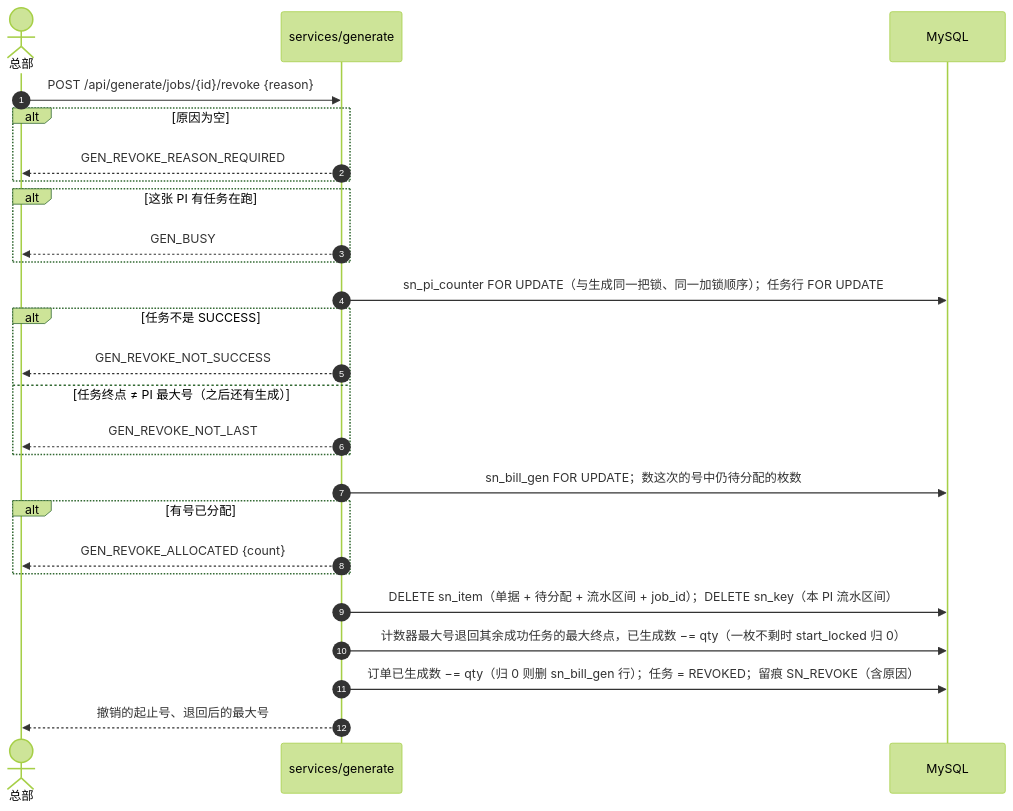
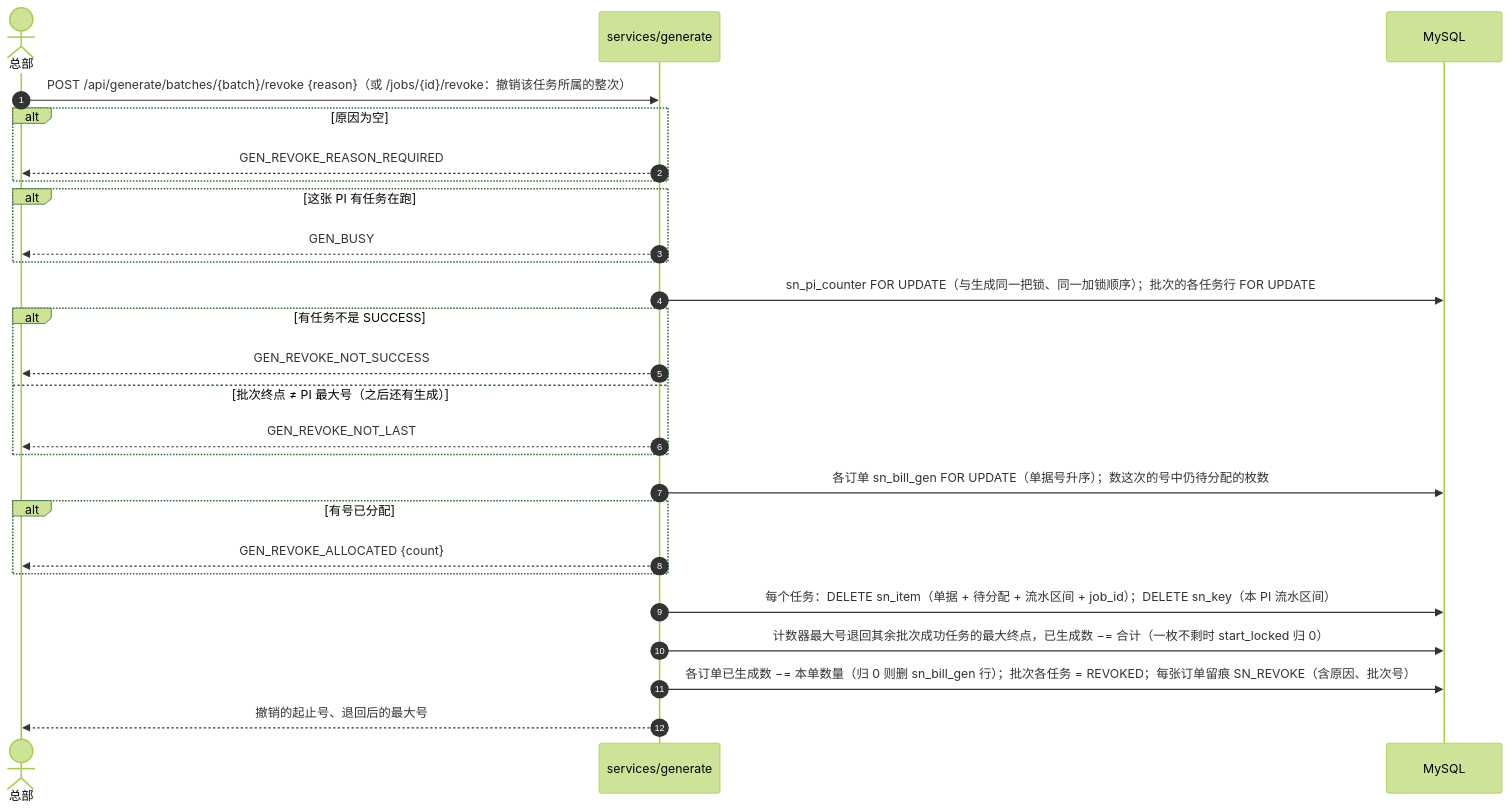
One commit to Createsnow/sn-center changed the ninth of 13 diagrams in docs/技术文档.md. Above: the diagram before and after it, drawn with Mermaid (forest theme). The commit also changed other lines of this file and 31 other files, not shown here.

````diff
--- a/docs/技术文档.md
+++ b/docs/技术文档.md
@@ -314,28 +321,28 @@
 ```mermaid
 sequenceDiagram
     autonumber
     actor H as 总部
     participant G as services/generate
     participant DB as MySQL
-    H->>G: POST /api/generate/jobs/{id}/revoke {reason}
+    H->>G: POST /api/generate/batches/{batch}/revoke {reason}（或 /jobs/{id}/revoke：撤销该任务所属的整次）
     alt 原因为空
         G-->>H: GEN_REVOKE_REASON_REQUIRED
     end
     alt 这张 PI 有任务在跑
         G-->>H: GEN_BUSY
     end
-    G->>DB: sn_pi_counter FOR UPDATE（与生成同一把锁、同一加锁顺序）；任务行 FOR UPDATE
-    alt 任务不是 SUCCESS
+    G->>DB: sn_pi_counter FOR UPDATE（与生成同一把锁、同一加锁顺序）；批次的各任务行 FOR UPDATE
+    alt 有任务不是 SUCCESS
         G-->>H: GEN_REVOKE_NOT_SUCCESS
-    else 任务终点 ≠ PI 最大号（之后还有生成）
+    else 批次终点 ≠ PI 最大号（之后还有生成）
         G-->>H: GEN_REVOKE_NOT_LAST
     end
-    G->>DB: sn_bill_gen FOR UPDATE；数这次的号中仍待分配的枚数
+    G->>DB: 各订单 sn_bill_gen FOR UPDATE（单据号升序）；数这次的号中仍待分配的枚数
     alt 有号已分配
         G-->>H: GEN_REVOKE_ALLOCATED {count}
     end
-    G->>DB: DELETE sn_item（单据 + 待分配 + 流水区间 + job_id）；DELETE sn_key（本 PI 流水区间）
-    G->>DB: 计数器最大号退回其余成功任务的最大终点，已生成数 −= qty（一枚不剩时 start_locked 归 0）
-    G->>DB: 订单已生成数 −= qty（归 0 则删 sn_bill_gen 行）；任务 = REVOKED；留痕 SN_REVOKE（含原因）
+    G->>DB: 每个任务：DELETE sn_item（单据 + 待分配 + 流水区间 + job_id）；DELETE sn_key（本 PI 流水区间）
+    G->>DB: 计数器最大号退回其余批次成功任务的最大终点，已生成数 −= 合计（一枚不剩时 start_locked 归 0）
+    G->>DB: 各订单已生成数 −= 本单数量（归 0 则删 sn_bill_gen 行）；批次各任务 = REVOKED；每张订单留痕 SN_REVOKE（含原因、批次号）
     G-->>H: 撤销的起止号、退回后的最大号
 ```
````
